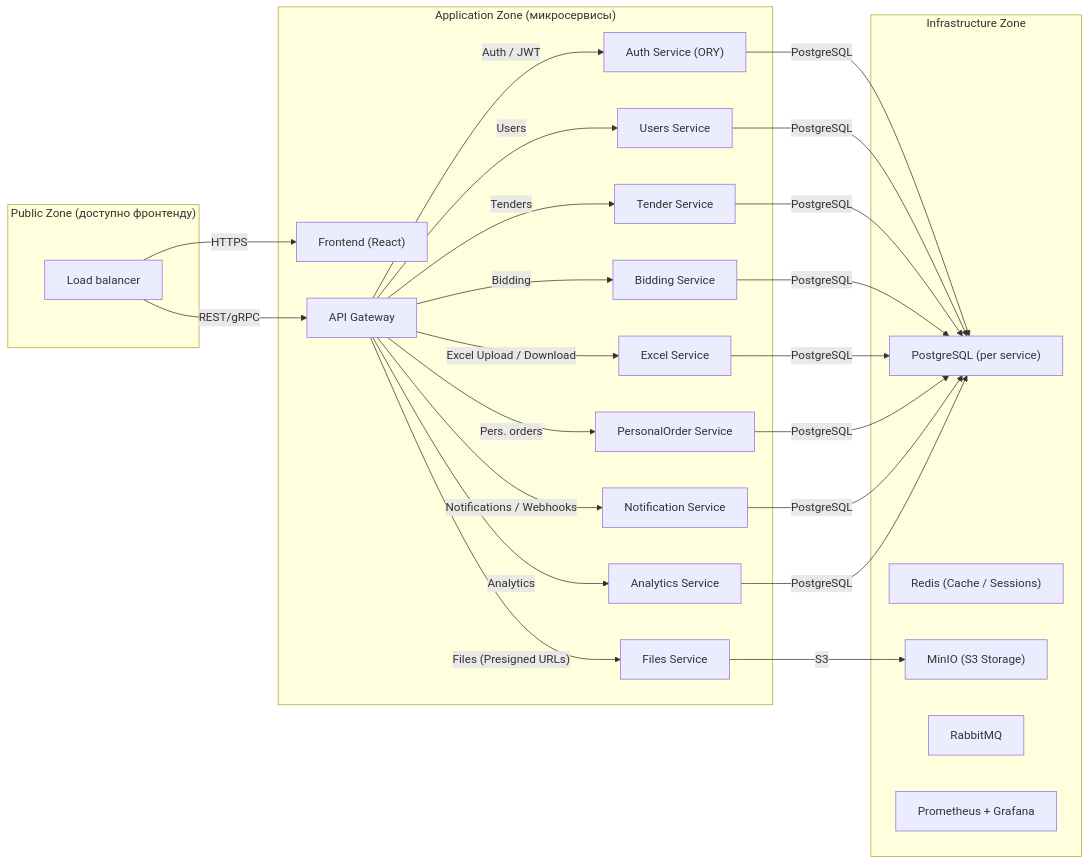
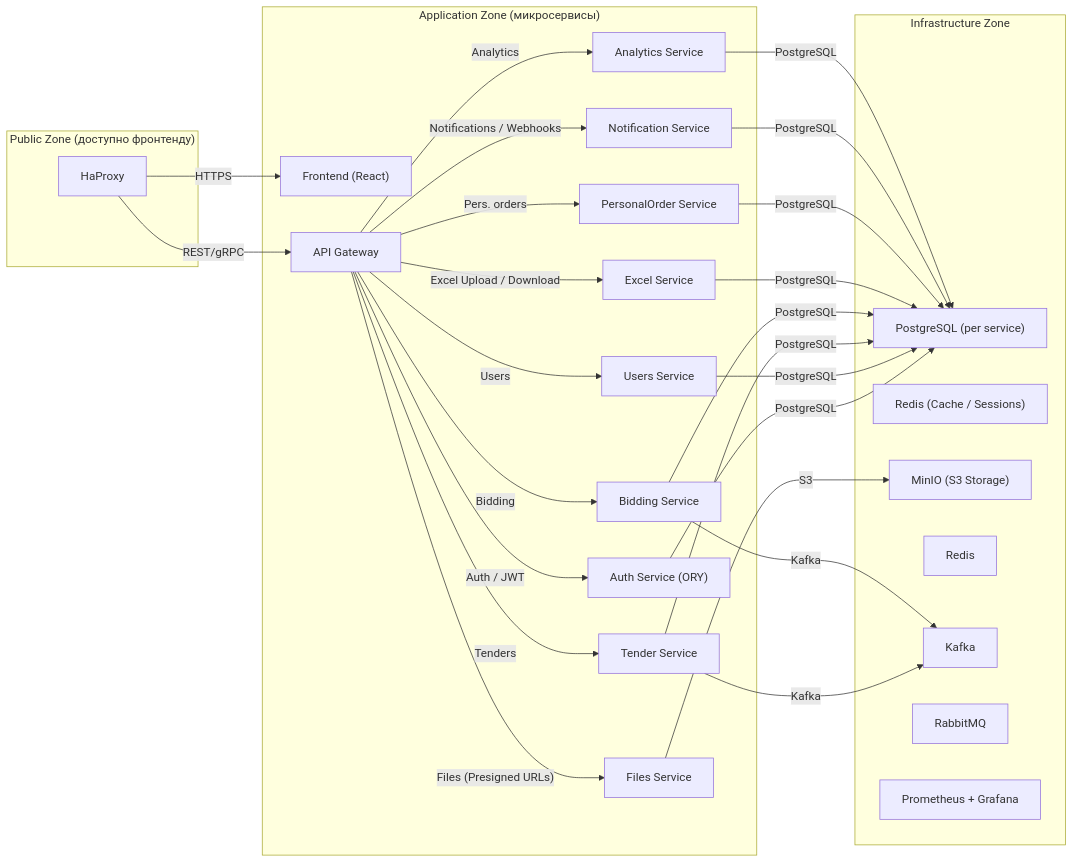
The diagram in README.md (goodprice-tender-platform/docs), drawn with Mermaid before and after one commit. The commit also changed 1 other file, not shown here.

Commit message:
feat: добавил политику коммитов

````diff
--- a/README.md
+++ b/README.md
@@ -30,61 +30,67 @@
 ```mermaid
 %% Финальная архитектура с зонами доступа
 graph LR
     %% ========= ЗОНА 1: ФРОНТ И ПУБЛИЧНЫЙ ДОСТУП =========
     subgraph PUBLIC_ZONE["Public Zone (доступно фронтенду)"]
-        A1["Load balancer"]
+        A1["HaProxy"]
     end
 
     %% ========= ЗОНА 2: ПРИЛОЖЕНИЯ (бизнес-логика) =========
     subgraph APP_ZONE["Application Zone (микросервисы)"]
         A["Frontend (React)"]
         B["API Gateway"]
 
         C["Auth Service (ORY)"]
         D["Users Service"]
         E["Tender Service"]
         F["Bidding Service"]
         G["Excel Service"]
         H["Files Service"]
         I["PersonalOrder Service"]
         J["Notification Service"]
         K["Analytics Service"]
 
         %% Связи от Gateway
         B -->|"Auth / JWT"| C
         B -->|"Users"| D
         B -->|"Tenders"| E
         B -->|"Bidding"| F
         B -->|"Excel Upload / Download"| G
         B -->|"Files (Presigned URLs)"| H
         B -->|"Pers. orders"| I
         B -->|"Notifications / Webhooks"| J
         B -->|"Analytics"| K
     end
 
     %% Генеральные входы
     A1 -->|"HTTPS"| A
     A1 -->|"REST/gRPC"| B
 
     %% ========= ЗОНА 3: ИНФРАСТРУКТУРА =========
     subgraph INFRA_ZONE["Infrastructure Zone"]
         M["PostgreSQL (per service)"]
         N["Redis (Cache / Sessions)"]
         L["MinIO (S3 Storage)"]
+        X["Redis"]
+        W["Kafka"]
         Q["RabbitMQ"]
         T["Prometheus + Grafana"]
     end
 
     %% Связи с PostgreSQL
     C -->|"PostgreSQL"| M
     D -->|"PostgreSQL"| M
     E -->|"PostgreSQL"| M
     F -->|"PostgreSQL"| M
     G -->|"PostgreSQL"| M
     I -->|"PostgreSQL"| M
     J -->|"PostgreSQL"| M
     K -->|"PostgreSQL"| M
 
+
+    E -->|"Kafka"|W
+    F -->|"Kafka"|W
+
     %% S3
     H -->|"S3"| L
 ```
````
